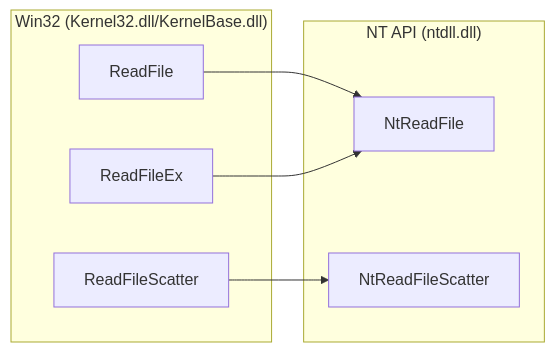
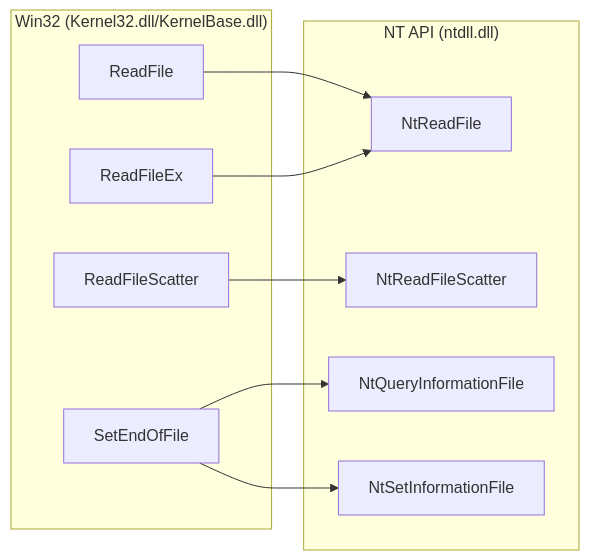
The fourth of 10 diagrams in docs/index.md (Sewer56/vfs-writeup), drawn with Mermaid before and after one commit. The commit also changed other lines of this file, not shown here.

Commit message:
Added: SetEndOfFile API

````diff
--- a/docs/index.md
+++ b/docs/index.md
@@ -378,18 +378,23 @@
 ```mermaid
 flowchart LR
     subgraph Win32["Win32 (Kernel32.dll/KernelBase.dll)"]
     ReadFile
     ReadFileEx
     ReadFileScatter
+    SetEndOfFile
 
     end
 
     subgraph NT["NT API (ntdll.dll)"]
     NtReadFile
     NtReadFileScatter
+    NtQueryInformationFile
+    NtSetInformationFile
 
     ReadFile --> NtReadFile
     ReadFileEx --> NtReadFile
     ReadFileScatter --> NtReadFileScatter
+    SetEndOfFile --> NtQueryInformationFile
+    SetEndOfFile --> NtSetInformationFile
     end
 ```
````
